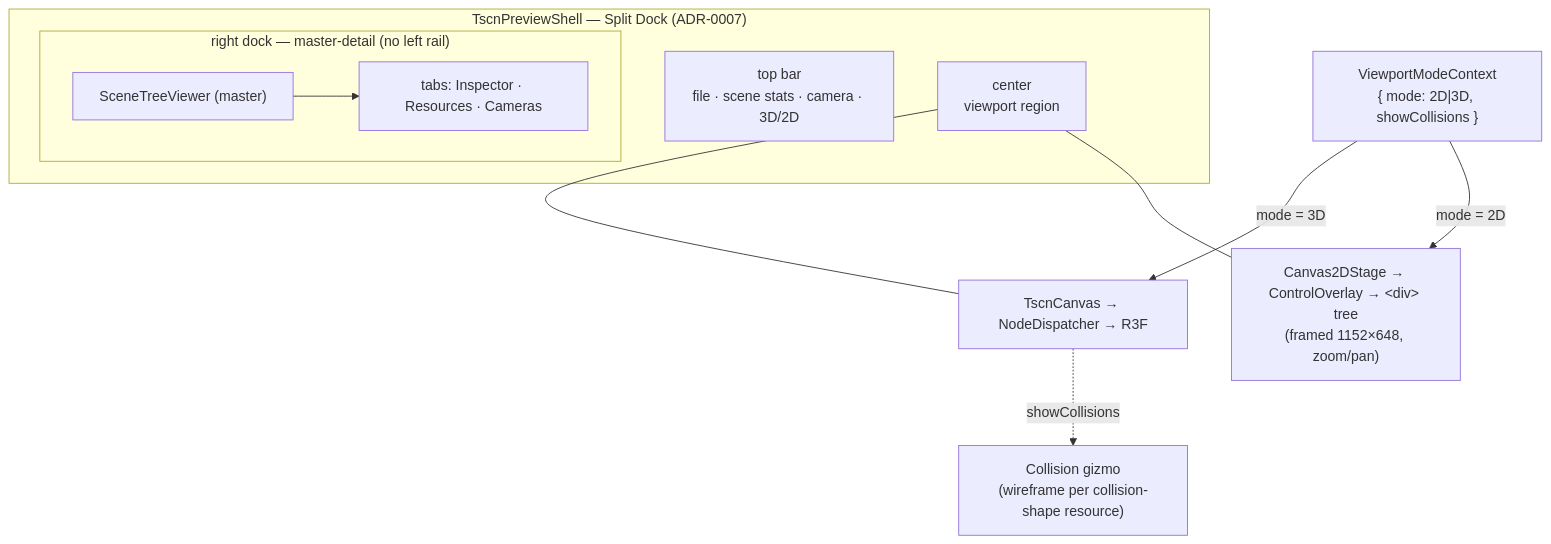
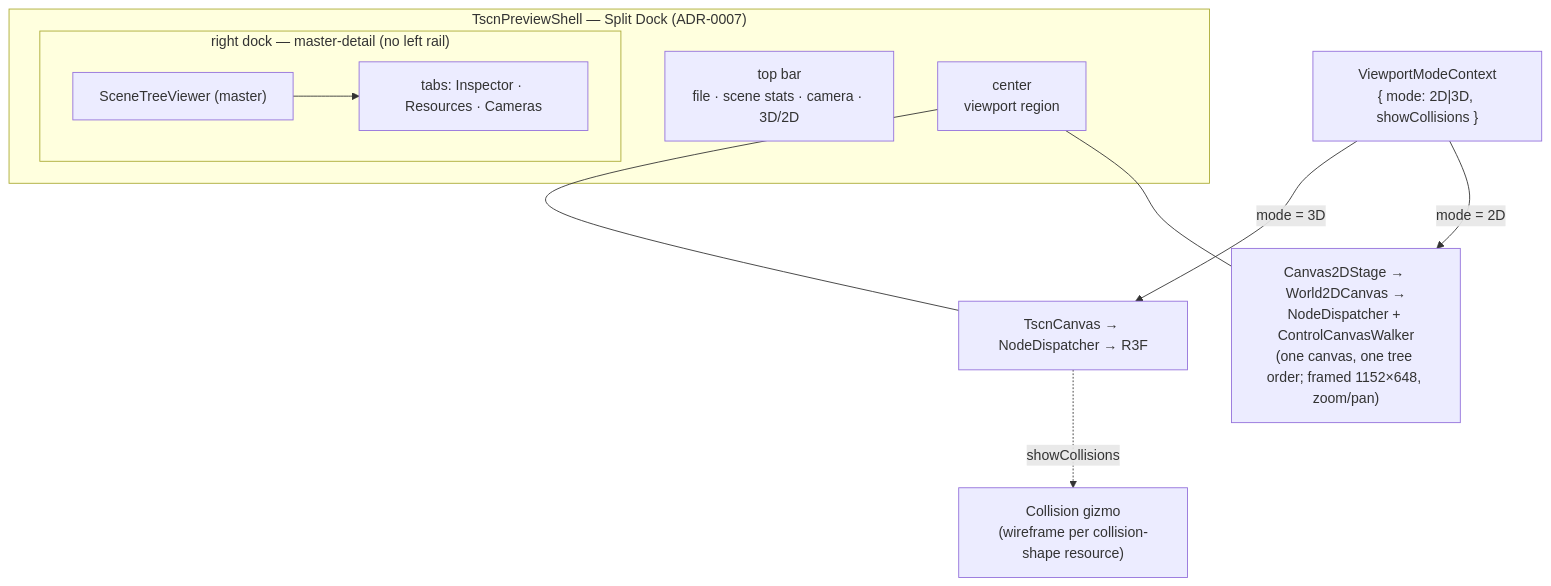
Before and after one commit to Vortiago/textscene-inspector: the fifth of 5 diagrams in ARCHITECTURE.md, drawn with Mermaid. The commit also changed other lines of this file and 231 other files, not shown here.

````diff
--- a/ARCHITECTURE.md
+++ b/ARCHITECTURE.md
@@ -741,18 +820,18 @@
 ```mermaid
 flowchart TB
   VM["ViewportModeContext<br/>{ mode: 2D|3D, showCollisions }"]
   subgraph shell["TscnPreviewShell — Split Dock (ADR-0007)"]
     TOP["top bar<br/>file · scene stats · camera · 3D/2D"]
     CENTER["center<br/>viewport region"]
     subgraph DOCK["right dock — master-detail (no left rail)"]
       TREE["SceneTreeViewer (master)"]
       DETAIL["tabs: Inspector · Resources · Cameras"]
     end
   end
   TREE --> DETAIL
   VM -->|mode = 3D| TC["TscnCanvas → NodeDispatcher → R3F"]
-  VM -->|mode = 2D| CO["Canvas2DStage → ControlOverlay → &lt;div&gt; tree<br/>(framed 1152×648, zoom/pan)"]
+  VM -->|mode = 2D| CO["Canvas2DStage → World2DCanvas →<br/>NodeDispatcher + ControlCanvasWalker<br/>(one canvas, one tree order; framed 1152×648, zoom/pan)"]
   TC -. showCollisions .-> GZ["Collision gizmo<br/>(wireframe per collision-shape resource)"]
   CENTER --- TC
   CENTER --- CO
 ```
````
